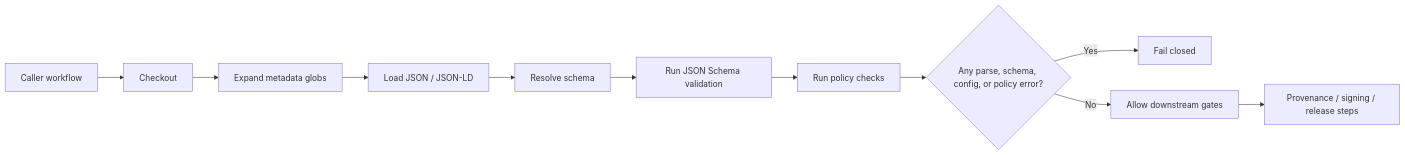
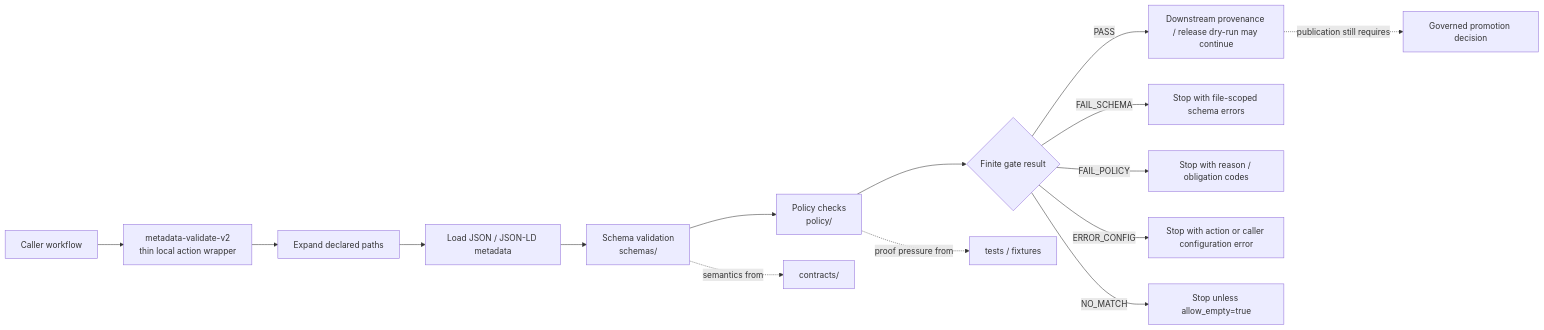
The diagram in .github/actions/metadata-validate-v2/README.md (bartytime4life/Kansas-Frontier-Matrix), drawn with Mermaid before and after one commit. The commit also changed other lines of this file, not shown here.

````diff
--- a/.github/actions/metadata-validate-v2/README.md
+++ b/.github/actions/metadata-validate-v2/README.md
@@ -170,13 +207,20 @@
 ```mermaid
 flowchart LR
-  A[Caller workflow] --> B[Checkout]
-  B --> C[Expand metadata globs]
-  C --> D[Load JSON / JSON-LD]
-  D --> E[Resolve schema]
-  E --> F[Run JSON Schema validation]
-  F --> G[Run policy checks]
-  G --> H{Any parse, schema, config, or policy error?}
-  H -- Yes --> I[Fail closed]
-  H -- No --> J[Allow downstream gates]
-  J --> K[Provenance / signing / release steps]
+  W[Caller workflow] --> A[metadata-validate-v2<br/>thin local action wrapper]
+
+  A --> P[Expand declared paths]
+  P --> L[Load JSON / JSON-LD metadata]
+  L --> S[Schema validation<br/>schemas/]
+  S --> G[Policy checks<br/>policy/]
+  G --> R{Finite gate result}
+
+  R -->|PASS| N[Downstream provenance / release dry-run may continue]
+  R -->|FAIL_SCHEMA| FS[Stop with file-scoped schema errors]
+  R -->|FAIL_POLICY| FP[Stop with reason / obligation codes]
+  R -->|ERROR_CONFIG| EC[Stop with action or caller configuration error]
+  R -->|NO_MATCH| NM[Stop unless allow_empty=true]
+
+  S -. semantics from .-> C[contracts/]
+  G -. proof pressure from .-> T[tests / fixtures]
+  N -. publication still requires .-> M[Governed promotion decision]
 ```
````
